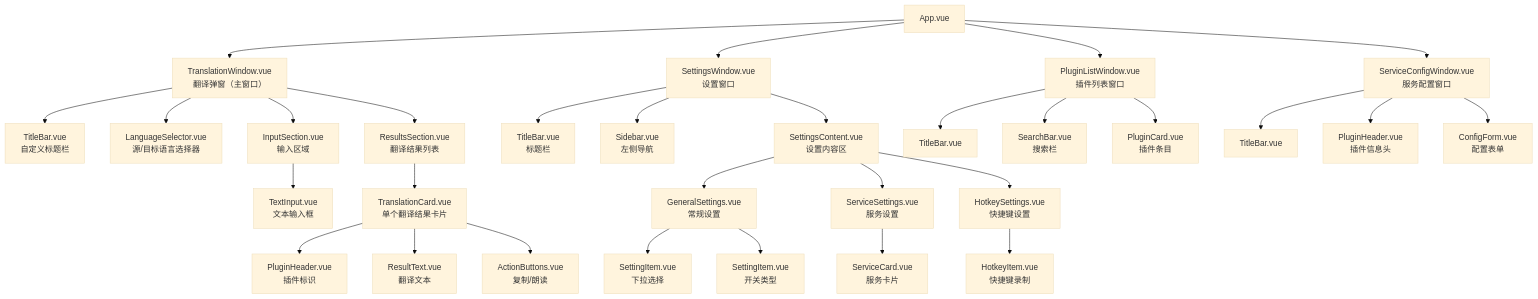
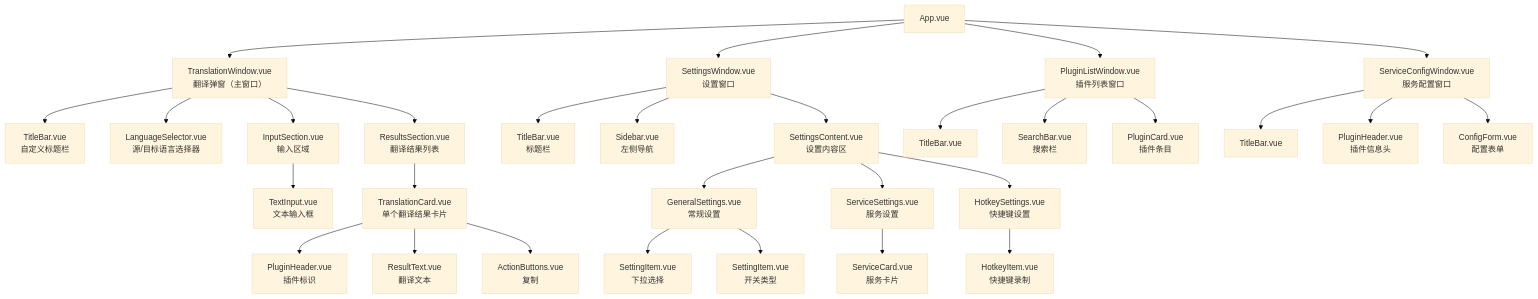
Before and after one commit to coutcin-xw/Transight: the fifth of 5 diagrams in docs/architecture.md, drawn with Mermaid (base theme). The commit also changed other lines of this file and 18 other files, not shown here.

````diff
--- a/docs/architecture.md
+++ b/docs/architecture.md
@@ -555,37 +585,37 @@
 ```mermaid
 graph TB
     APP["App.vue"]
     
     APP --> TW["TranslationWindow.vue<br/>翻译弹窗（主窗口）"]
     TW --> TITLE1["TitleBar.vue<br/>自定义标题栏"]
     TW --> LANG["LanguageSelector.vue<br/>源/目标语言选择器"]
     TW --> INPUT["InputSection.vue<br/>输入区域"]
     INPUT --> TEXTIN["TextInput.vue<br/>文本输入框"]
     TW --> RESULTS["ResultsSection.vue<br/>翻译结果列表"]
     RESULTS --> CARD["TranslationCard.vue<br/>单个翻译结果卡片"]
     CARD --> PLUGIN_H["PluginHeader.vue<br/>插件标识"]
     CARD --> RES_TXT["ResultText.vue<br/>翻译文本"]
-    CARD --> ACTIONS["ActionButtons.vue<br/>复制/朗读"]
+    CARD --> ACTIONS["ActionButtons.vue<br/>复制"]
 
     APP --> SW["SettingsWindow.vue<br/>设置窗口"]
     SW --> TITLE2["TitleBar.vue<br/>标题栏"]
     SW --> SIDEBAR["Sidebar.vue<br/>左侧导航"]
     SW --> CONTENT["SettingsContent.vue<br/>设置内容区"]
     CONTENT --> GENERAL["GeneralSettings.vue<br/>常规设置"]
     GENERAL --> SI1["SettingItem.vue<br/>下拉选择"]
     GENERAL --> SI2["SettingItem.vue<br/>开关类型"]
     CONTENT --> SVC_SET["ServiceSettings.vue<br/>服务设置"]
     SVC_SET --> SVC_CARD["ServiceCard.vue<br/>服务卡片"]
     CONTENT --> HOTKEY_S["HotkeySettings.vue<br/>快捷键设置"]
     HOTKEY_S --> HOTKEY_I["HotkeyItem.vue<br/>快捷键录制"]
 
     APP --> PLW["PluginListWindow.vue<br/>插件列表窗口"]
     PLW --> TITLE3["TitleBar.vue"]
     PLW --> SEARCH["SearchBar.vue<br/>搜索栏"]
     PLW --> PLUGIN_C["PluginCard.vue<br/>插件条目"]
 
     APP --> SCW["ServiceConfigWindow.vue<br/>服务配置窗口"]
     SCW --> TITLE4["TitleBar.vue"]
     SCW --> PLUGIN_I["PluginHeader.vue<br/>插件信息头"]
     SCW --> FORM["ConfigForm.vue<br/>配置表单"]
 ```
````
